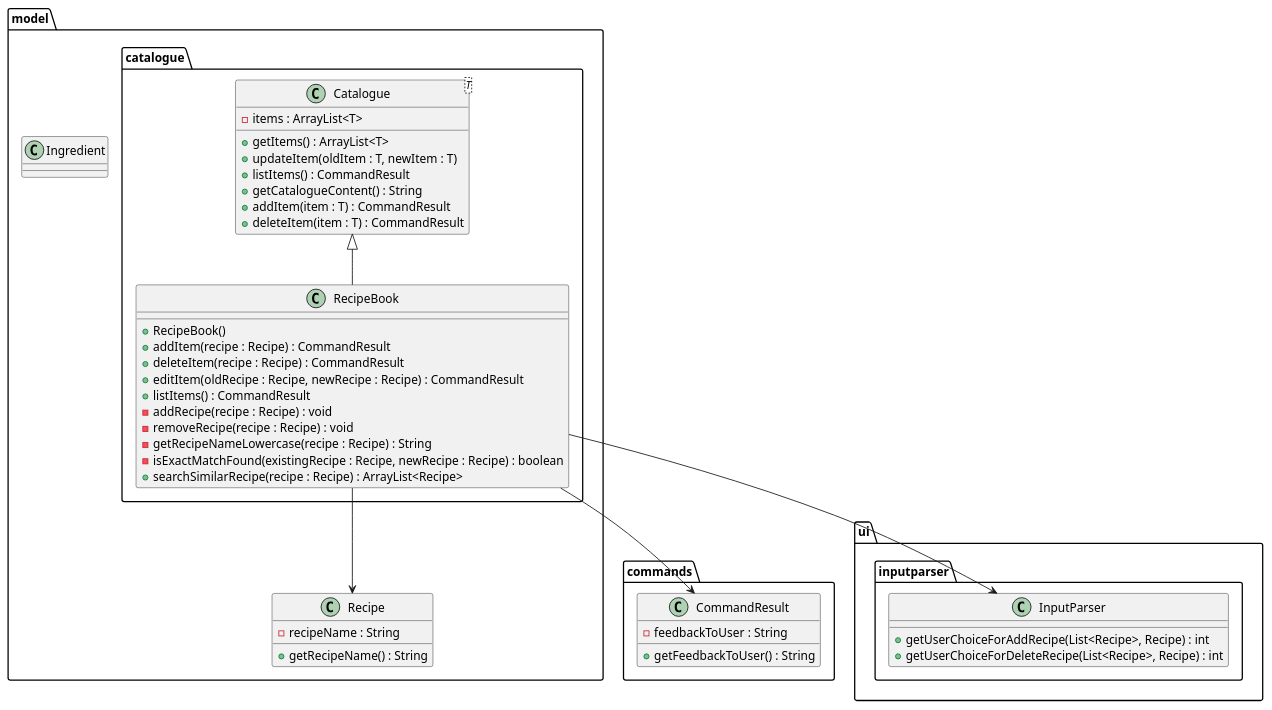
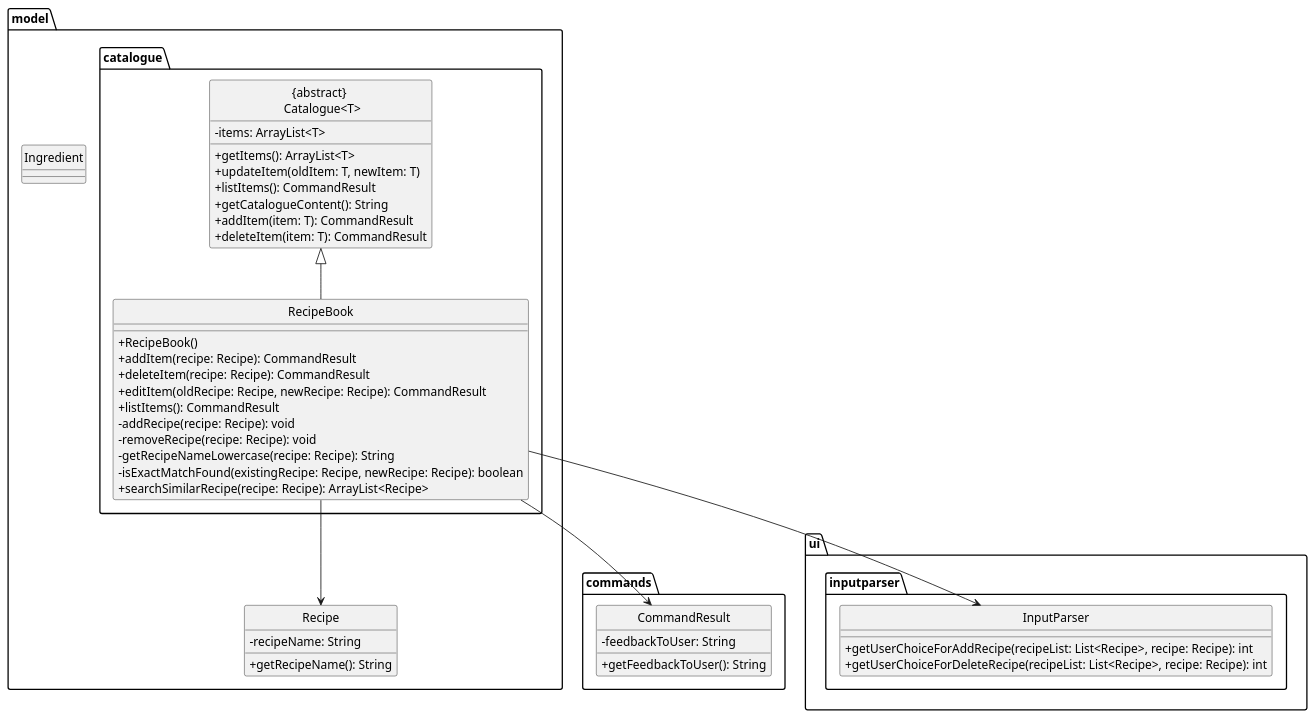
One commit to ChingWhee/tp changed the diagram in docs/diagrams/recipebook.puml. Above: the diagram before and after it, drawn with PlantUML. The commit also changed 3 other files, not shown here.

Commit message:
Update DG UML diagrams

```diff
--- a/docs/diagrams/recipebook.puml
+++ b/docs/diagrams/recipebook.puml
@@ -1,54 +1,60 @@
 @startuml
+hide circle
+skinparam classAttributeIconSize 0
+
 package model.catalogue {
-    class Catalogue<T> {
-        - items : ArrayList<T>
-        + getItems() : ArrayList<T>
-        + updateItem(oldItem : T, newItem : T)
-        + listItems() : CommandResult
-        + getCatalogueContent() : String
-        + addItem(item : T) : CommandResult
-        + deleteItem(item : T) : CommandResult
+
+    class "{abstract} \n Catalogue<T>" {
+        - items: ArrayList<T>
+        + getItems(): ArrayList<T>
+        + updateItem(oldItem: T, newItem: T)
+        + listItems(): CommandResult
+        + getCatalogueContent(): String
+        + addItem(item: T): CommandResult
+        + deleteItem(item: T): CommandResult
     }
 
     class RecipeBook {
         + RecipeBook()
-        + addItem(recipe : Recipe) : CommandResult
-        + deleteItem(recipe : Recipe) : CommandResult
-        + editItem(oldRecipe : Recipe, newRecipe : Recipe) : CommandResult
-        + listItems() : CommandResult
-        - addRecipe(recipe : Recipe) : void
-        - removeRecipe(recipe : Recipe) : void
-        - getRecipeNameLowercase(recipe : Recipe) : String
-        - isExactMatchFound(existingRecipe : Recipe, newRecipe : Recipe) : boolean
-        + searchSimilarRecipe(recipe : Recipe) : ArrayList<Recipe>
+        + addItem(recipe: Recipe): CommandResult
+        + deleteItem(recipe: Recipe): CommandResult
+        + editItem(oldRecipe: Recipe, newRecipe: Recipe): CommandResult
+        + listItems(): CommandResult
+        - addRecipe(recipe: Recipe): void
+        - removeRecipe(recipe: Recipe): void
+        - getRecipeNameLowercase(recipe: Recipe): String
+        - isExactMatchFound(existingRecipe: Recipe, newRecipe: Recipe): boolean
+        + searchSimilarRecipe(recipe: Recipe): ArrayList<Recipe>
     }
+
+    "{abstract} \n Catalogue<T>" <|-- RecipeBook
 }
 
 package model {
     class Recipe {
-        - recipeName : String
-        + getRecipeName() : String
+        - recipeName: String
+        + getRecipeName(): String
     }
 
     class Ingredient
 }
 
 package commands {
     class CommandResult {
-        - feedbackToUser : String
-        + getFeedbackToUser() : String
+        - feedbackToUser: String
+        + getFeedbackToUser(): String
     }
 }
 
 package ui.inputparser {
     class InputParser {
-        + getUserChoiceForAddRecipe(List<Recipe>, Recipe) : int
-        + getUserChoiceForDeleteRecipe(List<Recipe>, Recipe) : int
+        + getUserChoiceForAddRecipe(recipeList: List<Recipe>, recipe: Recipe): int
+        + getUserChoiceForDeleteRecipe(recipeList: List<Recipe>, recipe: Recipe): int
     }
 }
 
-Catalogue <|-- RecipeBook
 RecipeBook --> Recipe
 RecipeBook --> CommandResult
 RecipeBook --> InputParser
+
 @enduml
```
